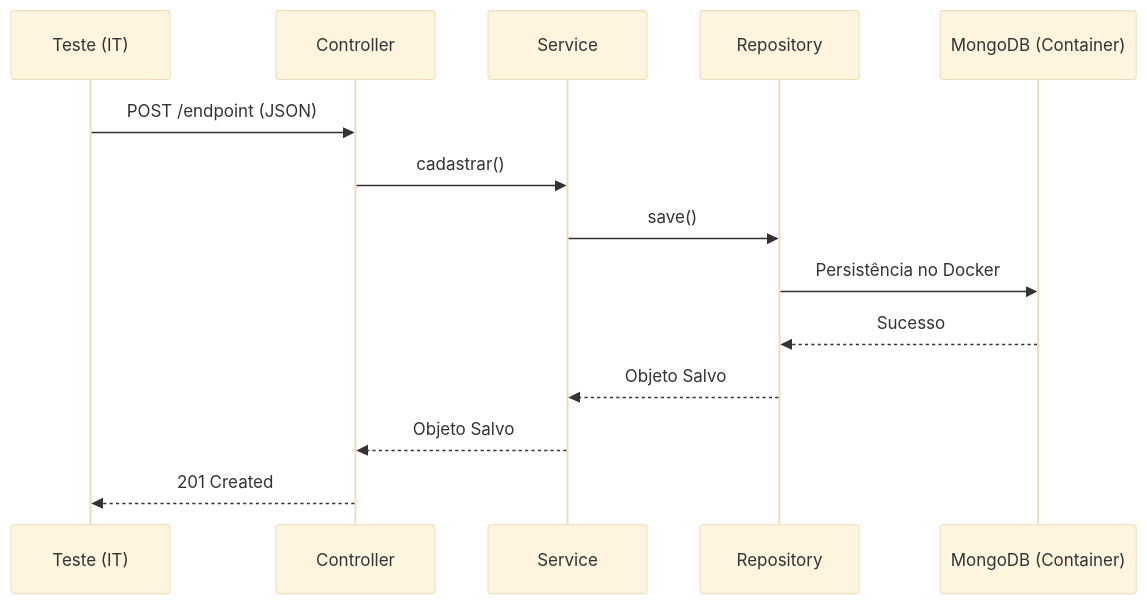
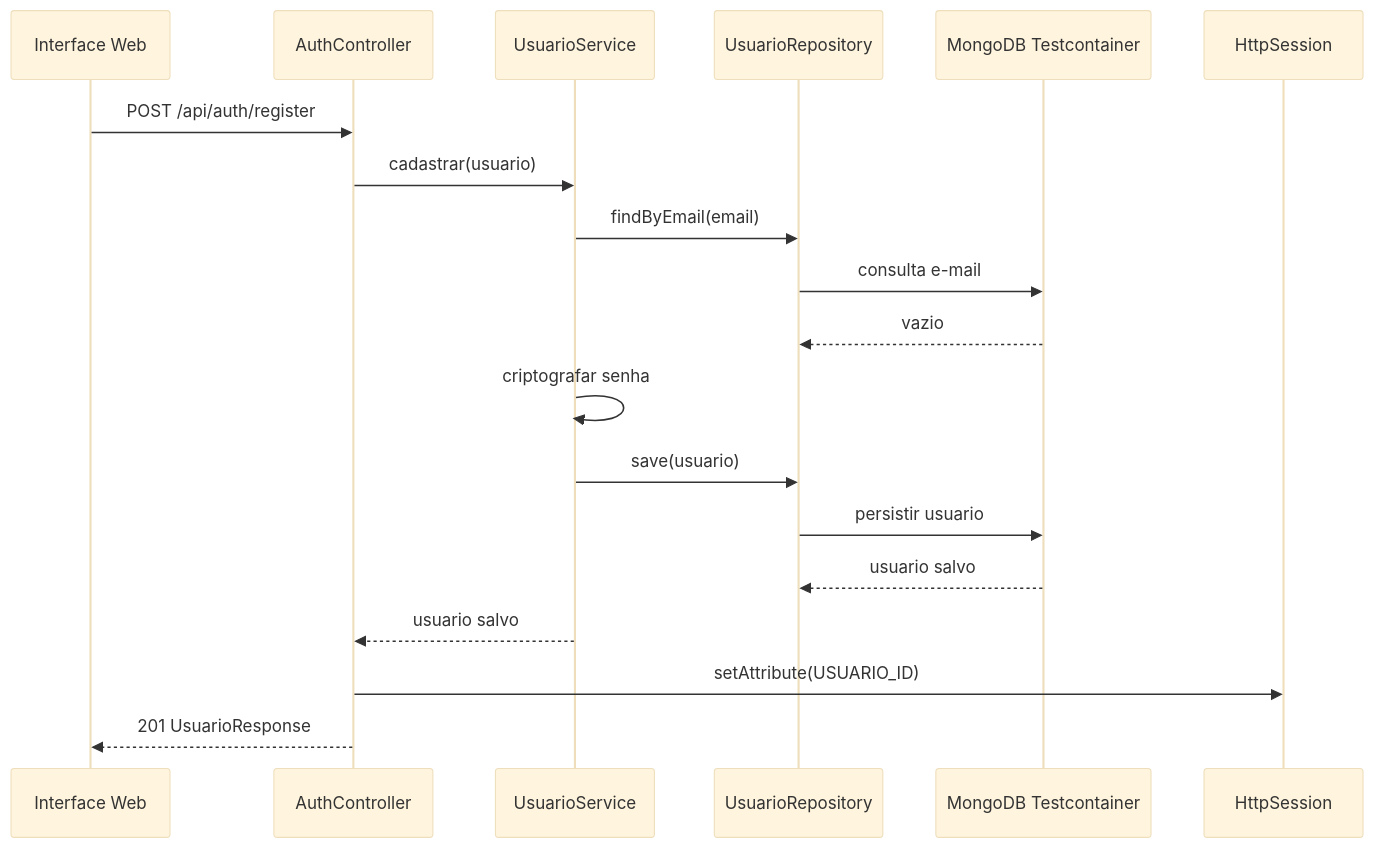
One commit to rafalima1907/gerenciador_bibliotecas changed the first of 5 diagrams in RTM.md. Above: the diagram before and after it, drawn with Mermaid (base theme). The commit also changed other lines of this file and 5 other files, not shown here.

````diff
--- a/RTM.md
+++ b/RTM.md
@@ -6,17 +39,22 @@
 ```mermaid
 sequenceDiagram
-    participant T as Teste (IT)
-    participant C as Controller
-    participant S as Service
-    participant R as Repository
-    participant DB as MongoDB (Container)
+    participant UI as Interface Web
+    participant A as AuthController
+    participant S as UsuarioService
+    participant R as UsuarioRepository
+    participant DB as MongoDB Testcontainer
+    participant H as HttpSession
 
-    T->>C: POST /endpoint (JSON)
-    C->>S: cadastrar()
-    S->>R: save()
-    R->>DB: Persistência no Docker
-    DB-->>R: Sucesso
-    R-->>S: Objeto Salvo
-    S-->>C: Objeto Salvo
-    C-->>T: 201 Created
+    UI->>A: POST /api/auth/register
+    A->>S: cadastrar(usuario)
+    S->>R: findByEmail(email)
+    R->>DB: consulta e-mail
+    DB-->>R: vazio
+    S->>S: criptografar senha
+    S->>R: save(usuario)
+    R->>DB: persistir usuario
+    DB-->>R: usuario salvo
+    S-->>A: usuario salvo
+    A->>H: setAttribute(USUARIO_ID)
+    A-->>UI: 201 UsuarioResponse
 ```
````
